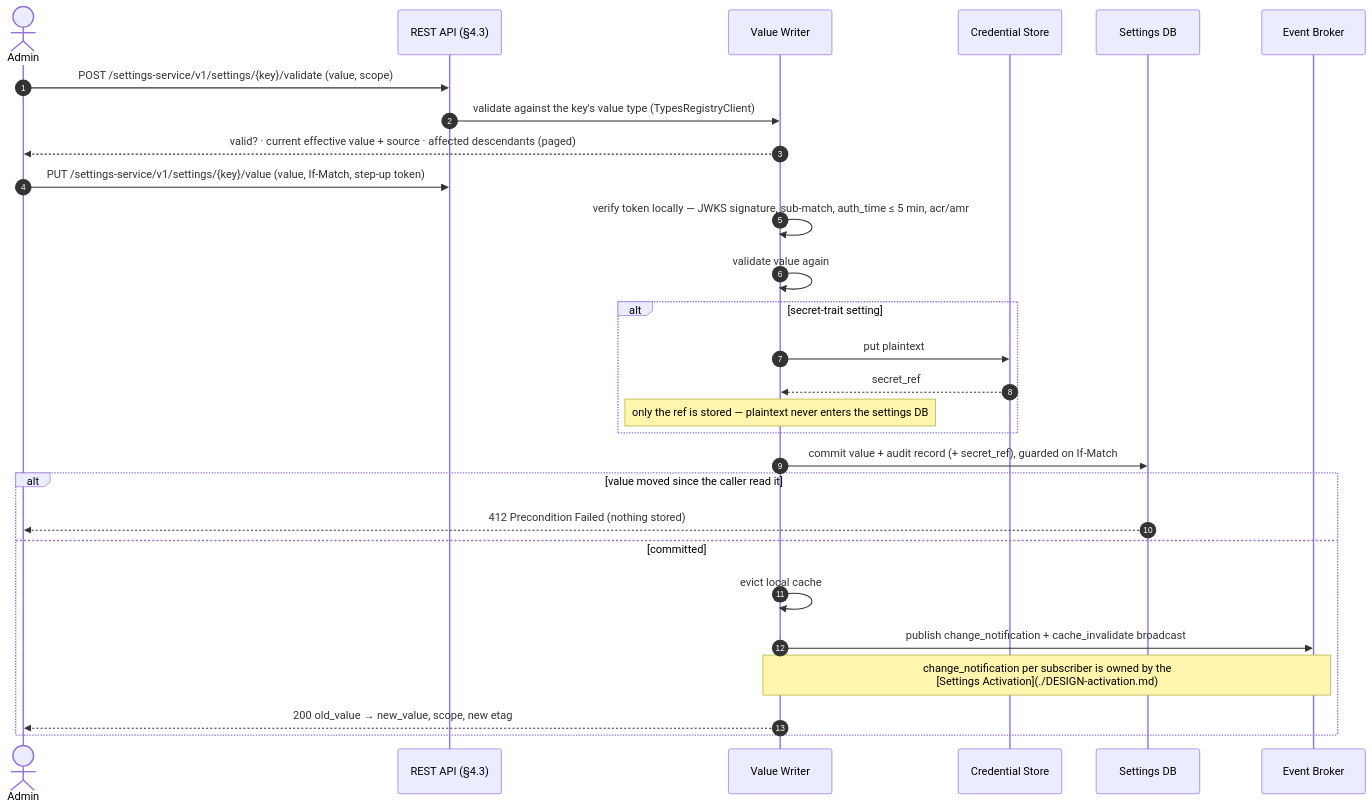
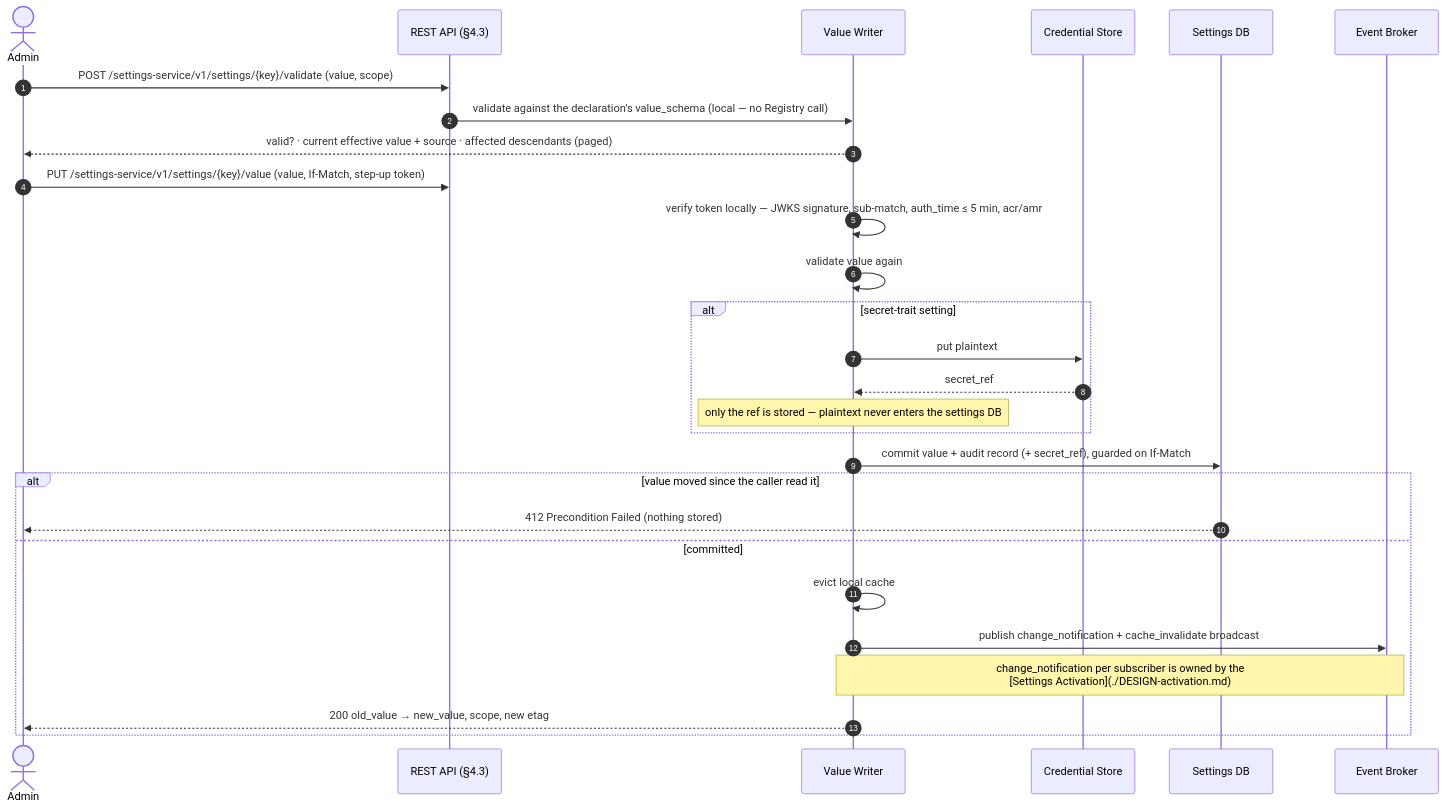
One commit to constructorfabric/cyberware-rust changed the fifth of 7 diagrams in gears/settings-service/docs/DESIGN.md. Above: the diagram before and after it, drawn with Mermaid. The commit also changed other lines of this file, not shown here.

First line of the commit message:
docs(settings-service): carry the value shape in the setting's own type

````diff
--- a/gears/settings-service/docs/DESIGN.md
+++ b/gears/settings-service/docs/DESIGN.md
@@ -1516,31 +1518,31 @@
 ```mermaid
 sequenceDiagram
  autonumber
  actor Admin
  participant API as REST API (§4.3)
  participant VW as Value Writer
  participant CS as Credential Store
  participant DB as Settings DB
  participant Broker as Event Broker
 
  Admin->>API: POST /settings-service/v1/settings/{key}/validate (value, scope)
- API->>VW: validate against the key's value type (TypesRegistryClient)
+ API->>VW: validate against the declaration's value_schema (local — no Registry call)
  VW-->>Admin: valid? · current effective value + source · affected descendants (paged)
  Admin->>API: PUT /settings-service/v1/settings/{key}/value (value, If-Match, step-up token)
  VW->>VW: verify token locally — JWKS signature, sub-match, auth_time ≤ 5 min, acr/amr
  VW->>VW: validate value again
  alt secret-trait setting
   VW->>CS: put plaintext
   CS-->>VW: secret_ref
   Note over VW: only the ref is stored — plaintext never enters the settings DB
  end
  VW->>DB: commit value + audit record (+ secret_ref), guarded on If-Match
  alt value moved since the caller read it
   DB-->>Admin: 412 Precondition Failed (nothing stored)
  else committed
   VW->>VW: evict local cache
   VW->>Broker: publish change_notification + cache_invalidate broadcast
   Note over VW,Broker: change_notification per subscriber is owned by the<br/>[Settings Activation](./DESIGN-activation.md)
   VW-->>Admin: 200 old_value → new_value, scope, new etag
  end
 ```
````
